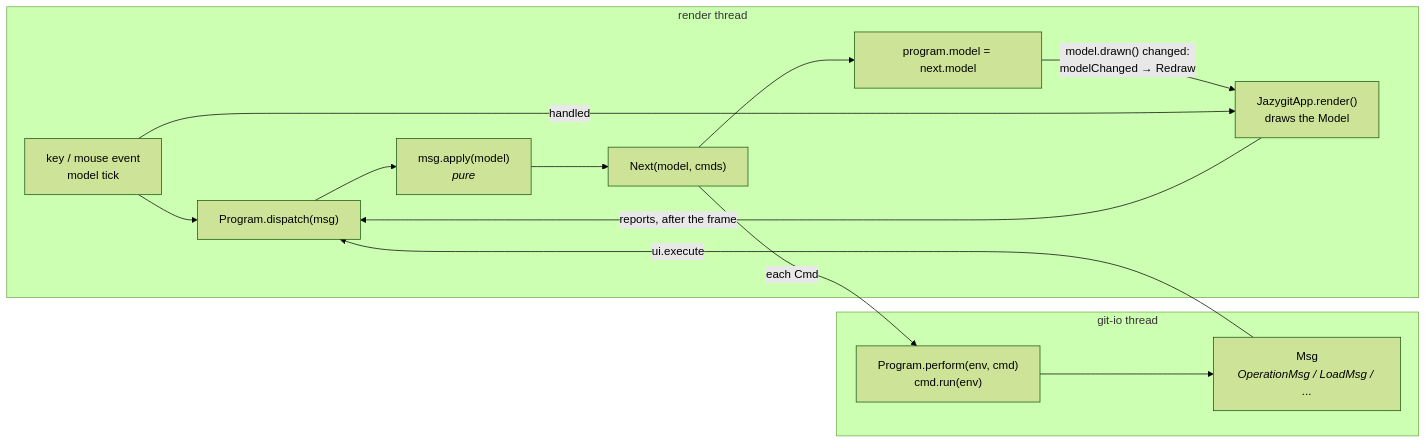
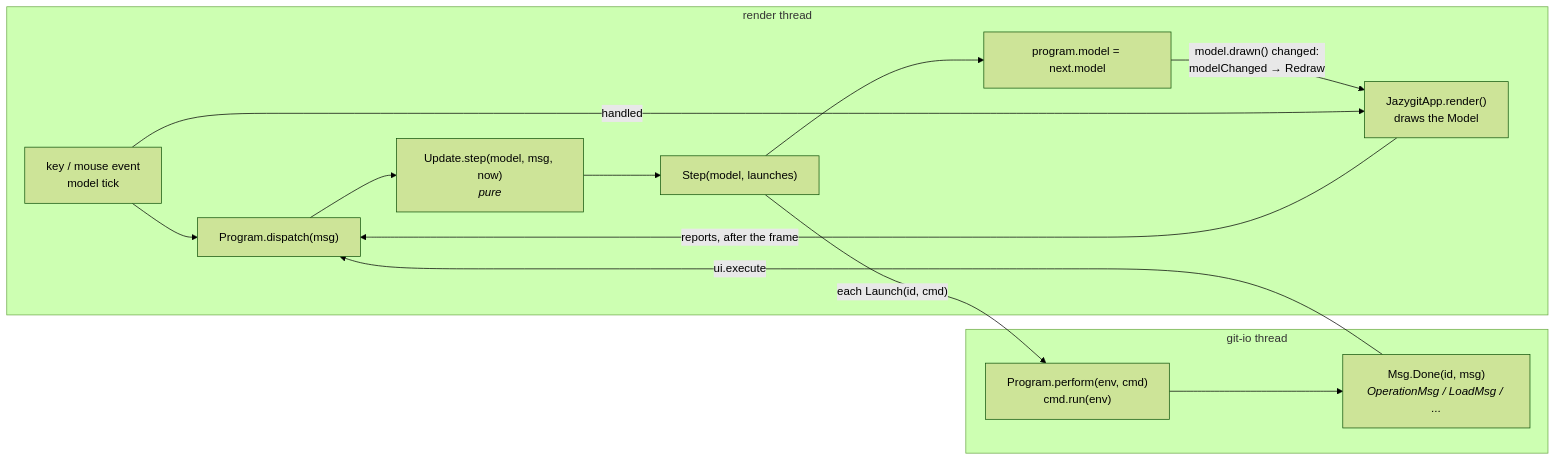
One commit to cvanfleteren/jazygit changed the second of 7 diagrams in ARCHITECTURE.md. Above: the diagram before and after it, drawn with Mermaid (forest theme). The commit also changed other lines of this file and 11 other files, not shown here.

First line of the commit message:
Commands run with an id until they are done (ADR 33, 1/2)

````diff
--- a/ARCHITECTURE.md
+++ b/ARCHITECTURE.md
@@ -397,17 +397,17 @@
 ```mermaid
 flowchart LR
     subgraph render["render thread"]
         Event["key / mouse event<br/>model tick"] --> Dispatch["Program.dispatch(msg)"]
-        Dispatch --> Update["msg.apply(model)<br/><i>pure</i>"]
-        Update --> Next["Next(model, cmds)"]
+        Dispatch --> Update["Update.step(model, msg, now)<br/><i>pure</i>"]
+        Update --> Next["Step(model, launches)"]
         Next --> Store["program.model = next.model"]
         Store -- "model.drawn() changed:<br/>modelChanged → Redraw" --> Render["JazygitApp.render()<br/>draws the Model"]
         Event -- "handled" --> Render
         Render -- "reports, after the frame" --> Dispatch
     end
     subgraph io["git-io thread"]
-        Perform["Program.perform(env, cmd)<br/>cmd.run(env)"] --> Result["Msg<br/><i>OperationMsg / LoadMsg / ...</i>"]
+        Perform["Program.perform(env, cmd)<br/>cmd.run(env)"] --> Result["Msg.Done(id, msg)<br/><i>OperationMsg / LoadMsg / ...</i>"]
     end
-    Next -- "each Cmd" --> Perform
+    Next -- "each Launch(id, cmd)" --> Perform
     Result -- "ui.execute" --> Dispatch
 ```
````
